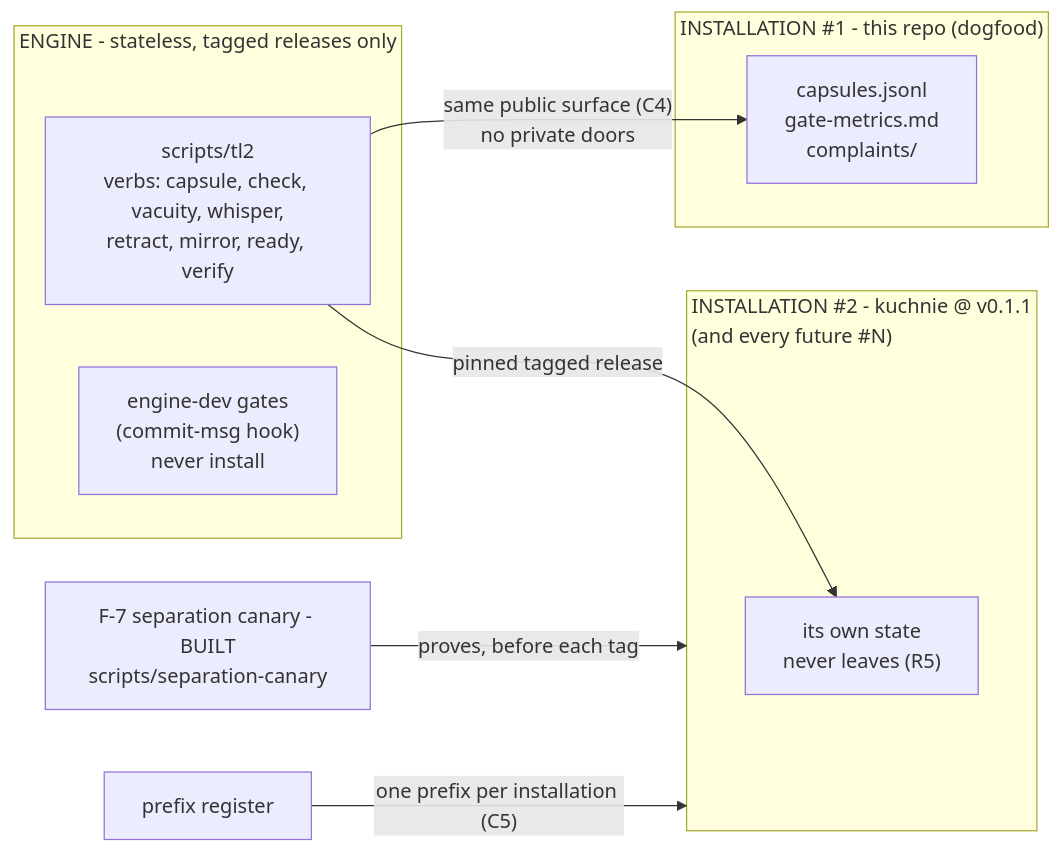
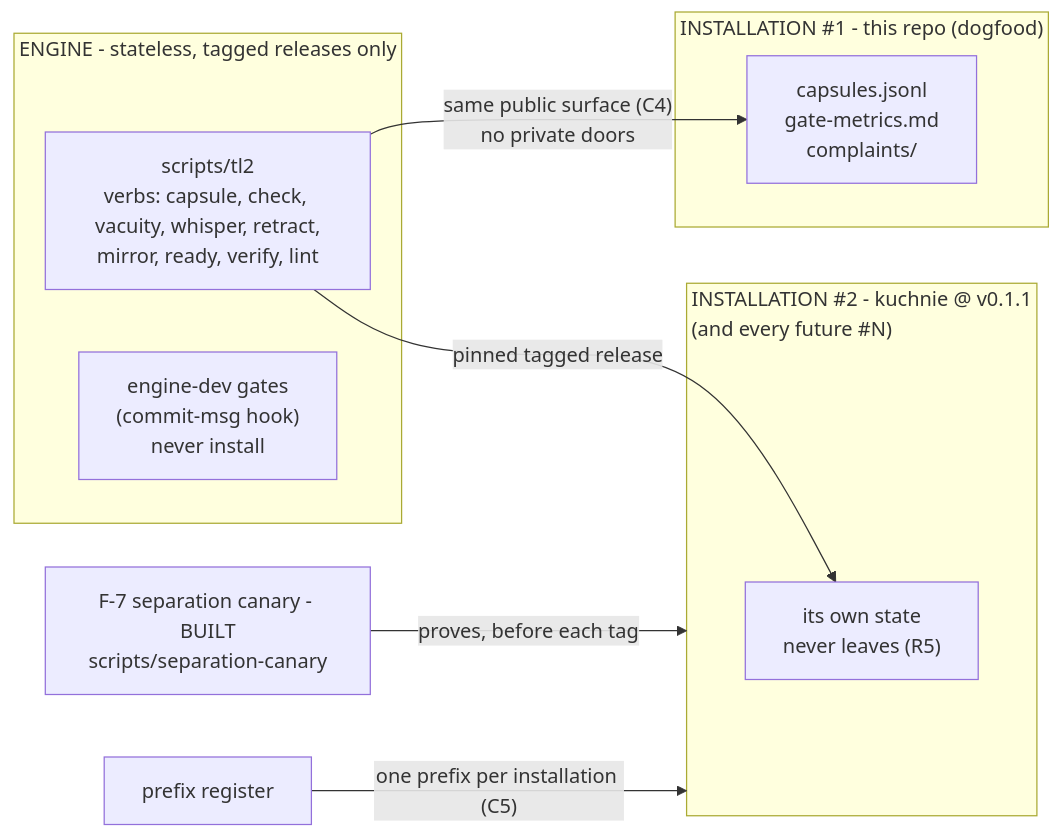
Before and after one commit to m1981/truth-ledger2: the third of 5 diagrams in docs/diagrams.md, drawn with Mermaid. The commit also changed other lines of this file and 4 other files, not shown here.

First line of the commit message:
CMP-020 buys mirror's citation scope; CMP-004 buys lint, the proposer only

````diff
--- a/docs/diagrams.md
+++ b/docs/diagrams.md
@@ -68,17 +68,17 @@
 ```mermaid
 flowchart LR
     subgraph ENGINE["ENGINE - stateless, tagged releases only"]
-        TL2["scripts/tl2<br/>verbs: capsule, check, vacuity, whisper,<br/>retract, mirror, ready, verify"]
+        TL2["scripts/tl2<br/>verbs: capsule, check, vacuity, whisper, retract,<br/>mirror, ready, verify, lint"]
         DEVGATES["engine-dev gates<br/>(commit-msg hook)<br/>never install"]
     end
     subgraph INST1["INSTALLATION #1 - this repo (dogfood)"]
         S1["capsules.jsonl<br/>gate-metrics.md<br/>complaints/"]
     end
     subgraph INSTN["INSTALLATION #2 - kuchnie @ v0.1.1<br/>(and every future #N)"]
         SN["its own state<br/>never leaves (R5)"]
     end
     TL2 -- "same public surface (C4)<br/>no private doors" --> S1
     TL2 -- "pinned tagged release" --> SN
     SEP["F-7 separation canary - BUILT<br/>scripts/separation-canary"] -->|"proves, before each tag"| INSTN
     PREFIX["prefix register"] -- "one prefix per installation (C5)" --> INSTN
 ```
````
